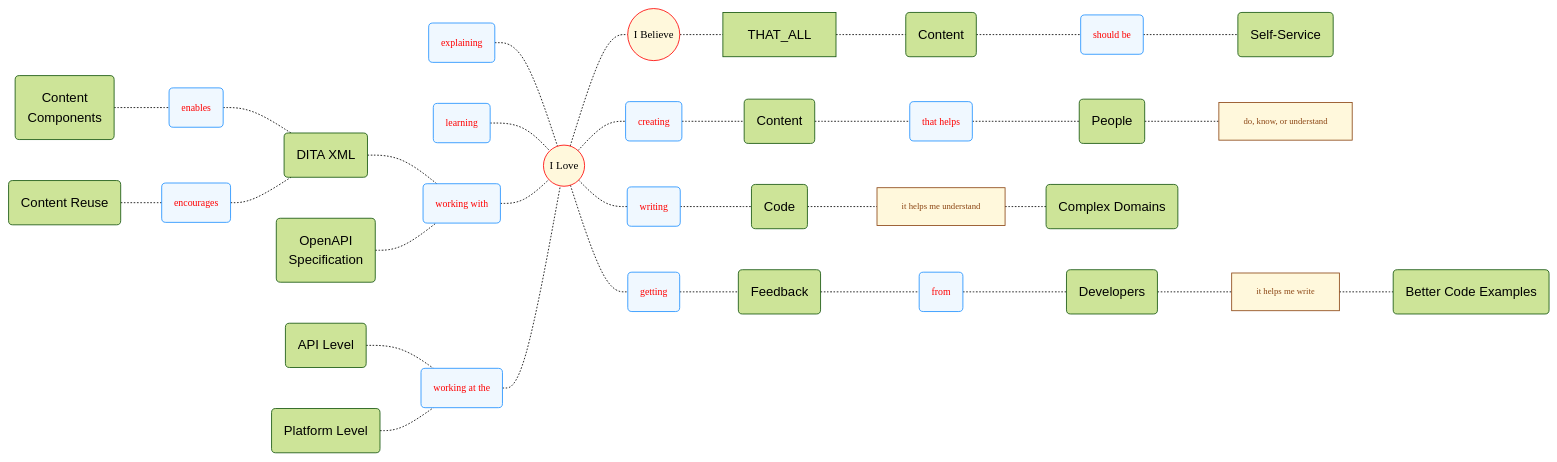
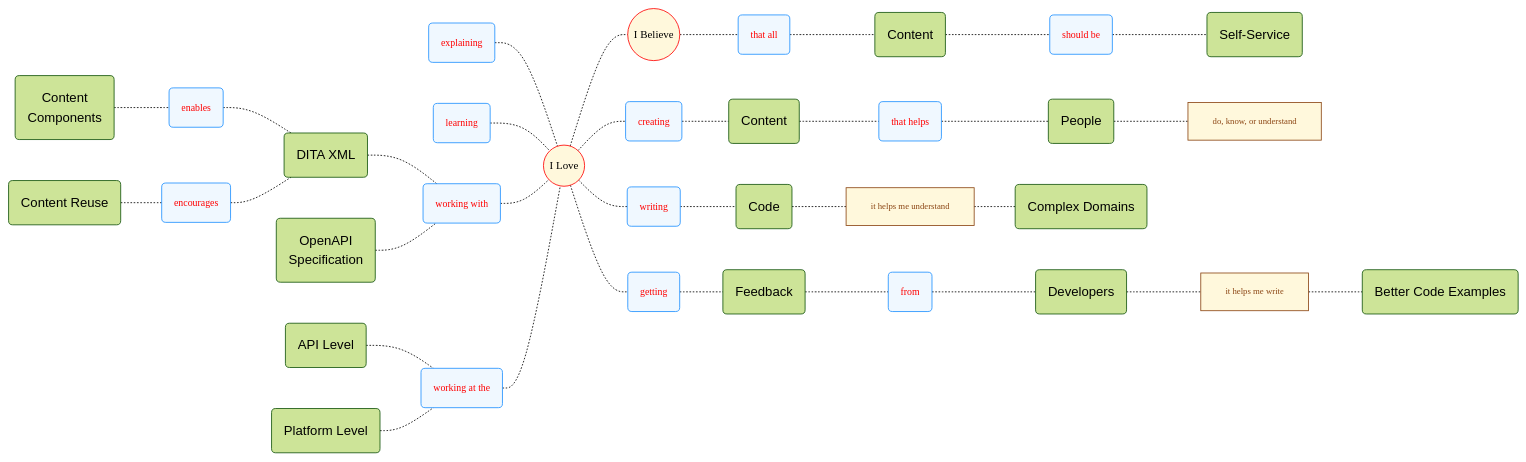
Before and after one commit to joe-dorward/samples: the first of 2 diagrams in my_mindmap.md, drawn with Mermaid.

```diff
--- a/my_mindmap.md
+++ b/my_mindmap.md
@@ -41,14 +41,17 @@
 GETTING("getting")
 FROM("from")
 LEARNING("learning")
+
 SHOULD_BE("should be")
+THAT_ALL("that all")
+
 WORKING_AT_THE("working at the")
 WORKING_WITH("working with")
 WRITING("writing")
 
 THAT_HELPS("that helps")
 
-class CREATING,ENABLES,ENCOURAGES,EXPLAINING,GETTING,FROM,LEARNING,SHOULD_BE,WORKING_AT_THE,WORKING_WITH,WRITING,THAT_HELPS Verb;
+class CREATING,ENABLES,ENCOURAGES,EXPLAINING,GETTING,FROM,LEARNING,SHOULD_BE,THAT_ALL,WORKING_AT_THE,WORKING_WITH,WRITING,THAT_HELPS Verb;
 
 
 
```
